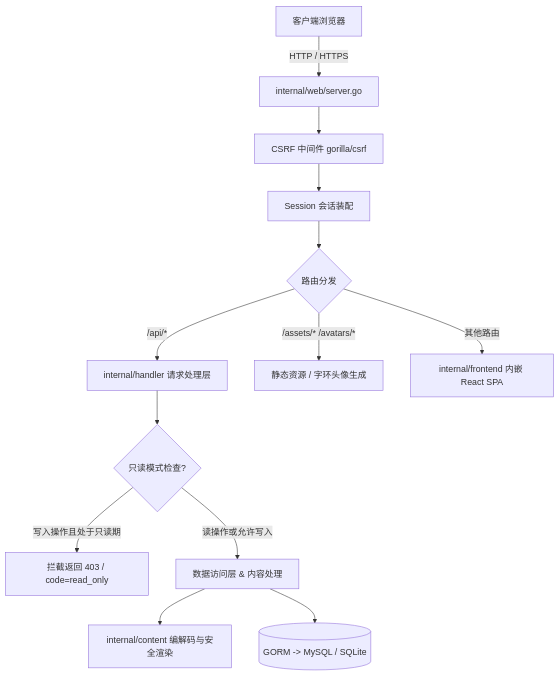
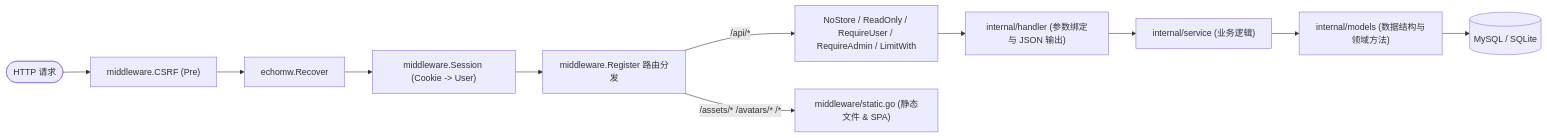
Before and after one commit to exzco/jnsecBBS: the diagram in README.md, drawn with Mermaid. The commit also changed other lines of this file and 95 other files, not shown here.

````diff
--- a/README.md
+++ b/README.md
@@ -72,18 +69,13 @@
 ```mermaid
-flowchart TD
-    Client[客户端浏览器] -->|HTTP / HTTPS| WebServer[internal/web/server.go]
-    WebServer --> CSRF[CSRF 中间件 gorilla/csrf]
-    CSRF --> Session[Session 会话装配]
-    Session --> Router{路由分发}
-    
-    Router -->|/api/*| API[internal/handler 请求处理层]
-    Router -->|/assets/* /avatars/*| Static[静态资源 / 字环头像生成]
-    Router -->|其他路由| SPA[internal/frontend 内嵌 React SPA]
-
-    API --> ReadOnlyCheck{只读模式检查?}
-    ReadOnlyCheck -->|写入操作且处于只读期| Reject[拦截返回 403 / code=read_only]
-    ReadOnlyCheck -->|读操作或允许写入| Service[数据访问层 & 内容处理]
-    
-    Service --> Content[internal/content 编解码与安全渲染]
-    Service --> DB[(GORM -> MySQL / SQLite)]
+flowchart LR
+    Req([HTTP 请求]) --> CSRF["middleware.CSRF (Pre)"]
+    CSRF --> Recover["echomw.Recover"]
+    Recover --> Session["middleware.Session (Cookie -> User)"]
+    Session --> Router["middleware.Register 路由分发"]
+    Router -->|/api/*| Guard["NoStore / ReadOnly / RequireUser / RequireAdmin / LimitWith"]
+    Guard --> Handler["internal/handler (参数绑定与 JSON 输出)"]
+    Handler --> Service["internal/service (业务逻辑)"]
+    Service --> Models["internal/models (数据结构与领域方法)"]
+    Models --> DB[("MySQL / SQLite")]
+    Router -->|"/assets/* /avatars/* /*"| Static["middleware/static.go (静态文件 & SPA)"]
 ```
````
